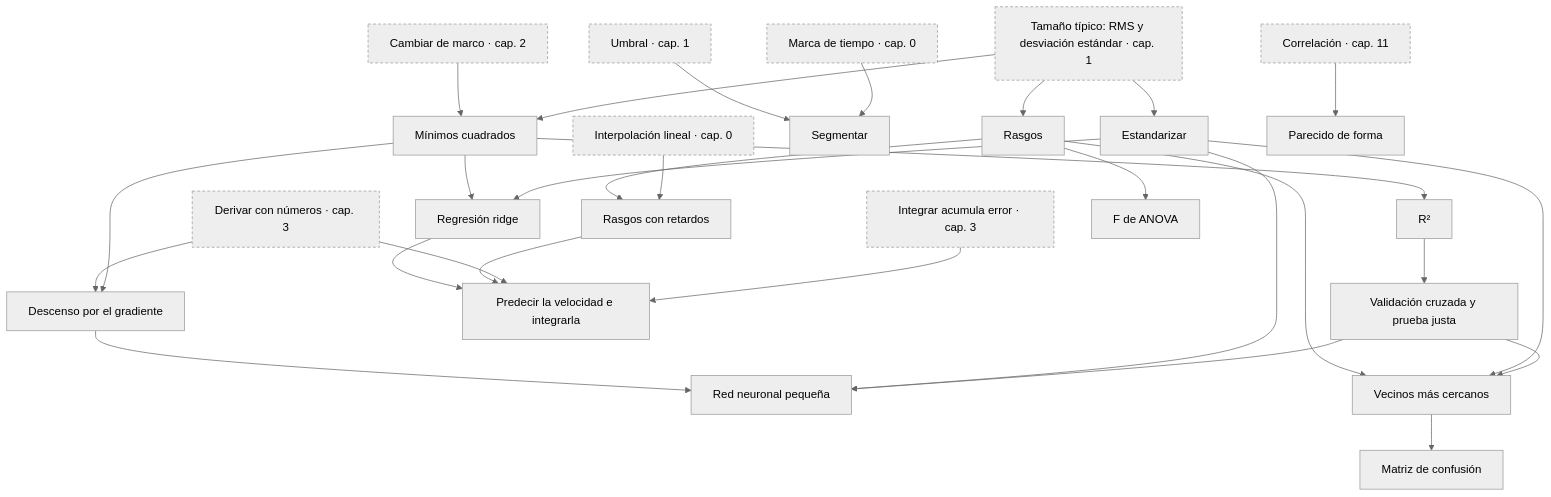
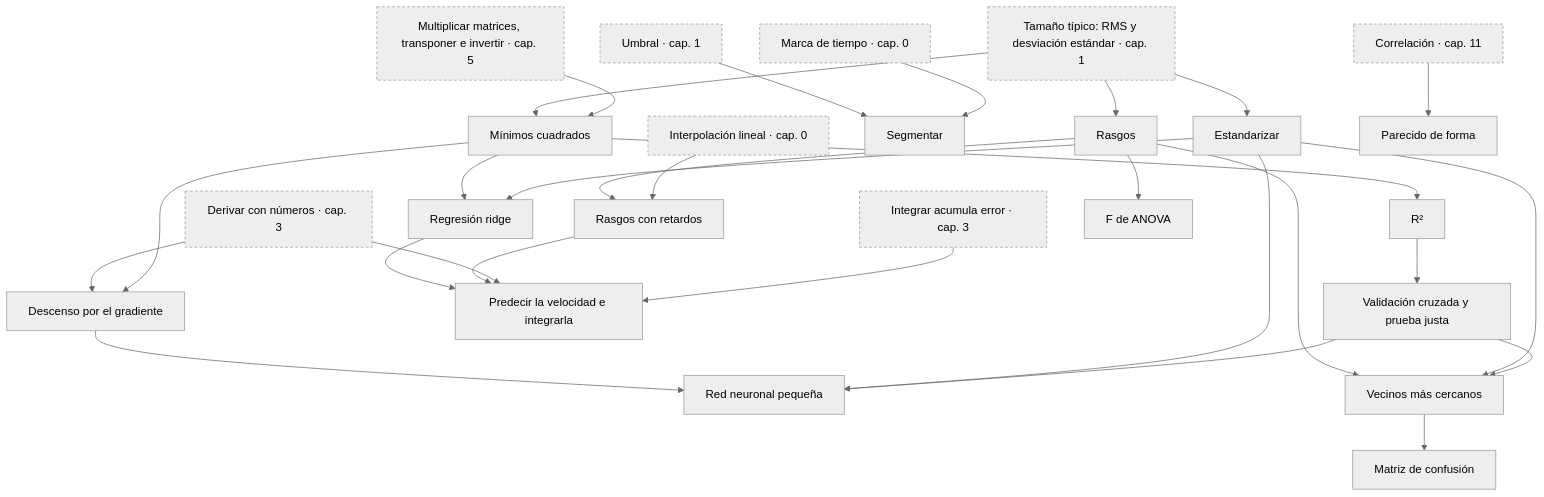
One commit to javiersoliso/gearstream changed diagram 14 of 15 in docs/curso/mapa.md. Above: the diagram before and after it, drawn with Mermaid (neutral theme). The commit also changed other lines of this file and 3 other files, not shown here.

Commit message:
Curso: cinco conceptos nuevos (varianza, notación, exponencial, producto de matrices, probabilidad), sus prerrequisitos y las escenas nuevas en render.py

````diff
--- a/docs/curso/mapa.md
+++ b/docs/curso/mapa.md
@@ -706,54 +728,54 @@
 ```mermaid
 flowchart TD
   classDef fuera stroke-dasharray: 4 3
   k_marca_de_tiempo["Marca de tiempo · cap. 0"]:::fuera
   k_interpolacion_lineal["Interpolación lineal · cap. 0"]:::fuera
   k_tamano_tipico["Tamaño típico: RMS y desviación estándar · cap. 1"]:::fuera
   k_umbral["Umbral · cap. 1"]:::fuera
-  k_cambio_de_marco["Cambiar de marco · cap. 2"]:::fuera
   k_derivada_discreta["Derivar con números · cap. 3"]:::fuera
   k_error_acumulado["Integrar acumula error · cap. 3"]:::fuera
+  k_producto_de_matrices["Multiplicar matrices, transponer e invertir · cap. 5"]:::fuera
   k_correlacion["Correlación · cap. 11"]:::fuera
   k_rasgos["Rasgos"]
   k_segmentar["Segmentar"]
   k_estandarizar["Estandarizar"]
   k_minimos_cuadrados["Mínimos cuadrados"]
   k_r_cuadrado["R²"]
   k_validacion_cruzada["Validación cruzada y prueba justa"]
   k_ventana_de_retardos["Rasgos con retardos"]
   k_ridge["Regresión ridge"]
   k_predecir_velocidad["Predecir la velocidad e integrarla"]
   k_descenso_por_gradiente["Descenso por el gradiente"]
   k_red_neuronal["Red neuronal pequeña"]
   k_parecido_de_forma["Parecido de forma"]
   k_vecinos_cercanos["Vecinos más cercanos"]
   k_matriz_de_confusion["Matriz de confusión"]
   k_anova_f["F de ANOVA"]
   k_tamano_tipico --> k_rasgos
   k_umbral --> k_segmentar
   k_marca_de_tiempo --> k_segmentar
   k_tamano_tipico --> k_estandarizar
-  k_cambio_de_marco --> k_minimos_cuadrados
   k_tamano_tipico --> k_minimos_cuadrados
+  k_producto_de_matrices --> k_minimos_cuadrados
   k_minimos_cuadrados --> k_r_cuadrado
   k_r_cuadrado --> k_validacion_cruzada
   k_rasgos --> k_ventana_de_retardos
   k_interpolacion_lineal --> k_ventana_de_retardos
   k_minimos_cuadrados --> k_ridge
   k_estandarizar --> k_ridge
   k_ridge --> k_predecir_velocidad
   k_ventana_de_retardos --> k_predecir_velocidad
   k_derivada_discreta --> k_predecir_velocidad
   k_error_acumulado --> k_predecir_velocidad
   k_derivada_discreta --> k_descenso_por_gradiente
   k_minimos_cuadrados --> k_descenso_por_gradiente
   k_descenso_por_gradiente --> k_red_neuronal
   k_estandarizar --> k_red_neuronal
   k_validacion_cruzada --> k_red_neuronal
   k_correlacion --> k_parecido_de_forma
   k_rasgos --> k_vecinos_cercanos
   k_estandarizar --> k_vecinos_cercanos
   k_validacion_cruzada --> k_vecinos_cercanos
   k_vecinos_cercanos --> k_matriz_de_confusion
   k_rasgos --> k_anova_f
 ```
````
